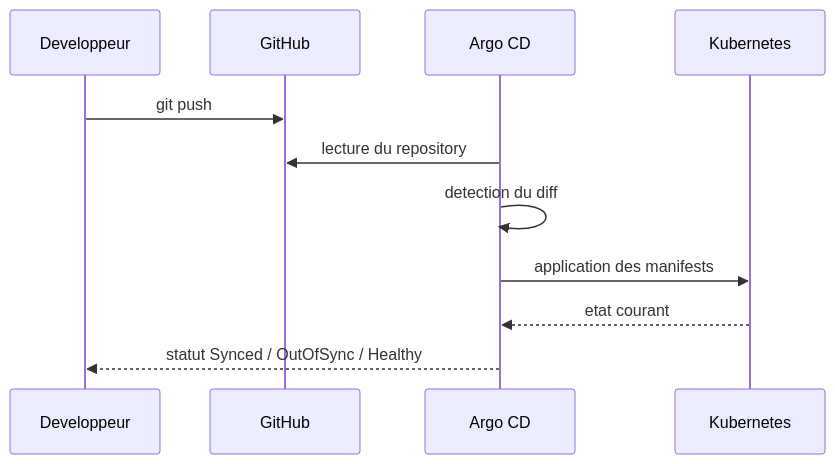
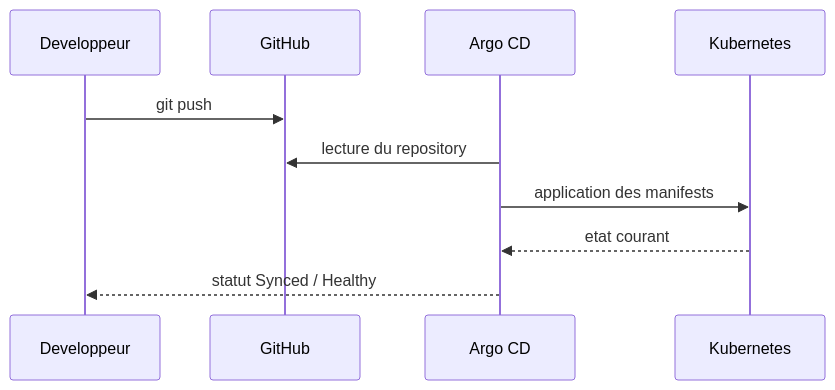
The diagram in docs/gitops-workflow.md (RobinThiriet/ArgoCD), drawn with Mermaid before and after one commit. The commit also changed other lines of this file and 36 other files, not shown here.

````diff
--- a/docs/gitops-workflow.md
+++ b/docs/gitops-workflow.md
@@ -9,14 +11,13 @@
 ```mermaid
 sequenceDiagram
     participant Dev as Developpeur
     participant Git as GitHub
     participant Argo as Argo CD
     participant K8s as Kubernetes
 
     Dev->>Git: git push
     Argo->>Git: lecture du repository
-    Argo->>Argo: detection du diff
     Argo->>K8s: application des manifests
     K8s-->>Argo: etat courant
-    Argo-->>Dev: statut Synced / OutOfSync / Healthy
+    Argo-->>Dev: statut Synced / Healthy
 ```
````
